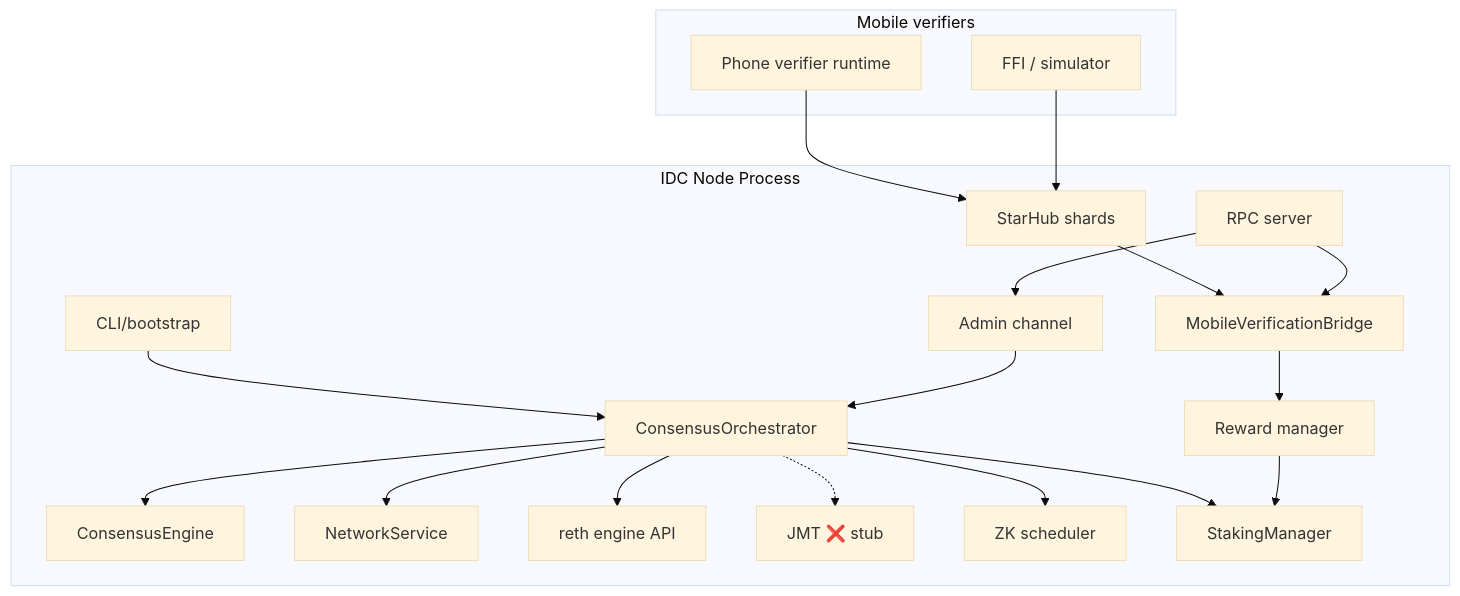
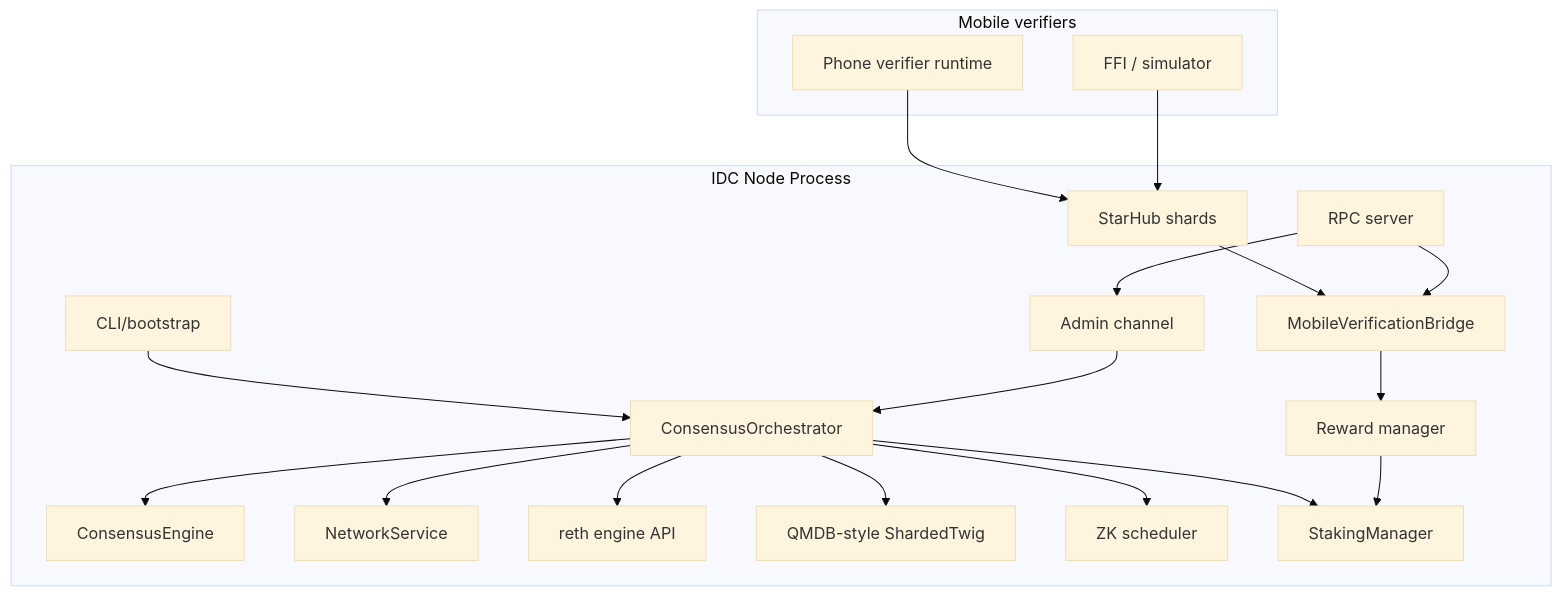
One commit to n42blockchain/n42-26 changed the second of 2 diagrams in docs/01-System-Architecture.md. Above: the diagram before and after it, drawn with Mermaid (base theme). The commit also changed other lines of this file and 3 other files, not shown here.

````diff
--- a/docs/01-System-Architecture.md
+++ b/docs/01-System-Architecture.md
@@ -137,38 +144,38 @@
 ```mermaid
 flowchart TD
     subgraph Node["IDC Node Process"]
         A["CLI/bootstrap"]
         B["ConsensusEngine"]
         C["ConsensusOrchestrator"]
         D["NetworkService"]
         E["StarHub shards"]
         F["MobileVerificationBridge"]
         G["RPC server"]
         H["reth engine API"]
-        I["JMT ❌ stub"]
+        I["QMDB-style ShardedTwig"]
         J["ZK scheduler"]
         K["Reward manager"]
         L["StakingManager"]
         M["Admin channel"]
     end
 
     subgraph Phones["Mobile verifiers"]
         P1["Phone verifier runtime"]
         P2["FFI / simulator"]
     end
 
     A --> C
     C --> B
     C --> D
     C --> H
-    C -.-> I
+    C --> I
     C --> J
     C --> L
     E --> F
     F --> K
     K --> L
     G --> M --> C
     G --> F
     P1 --> E
     P2 --> E
 ```
````
